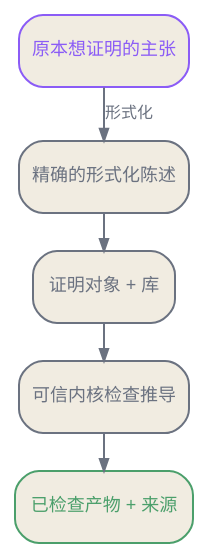
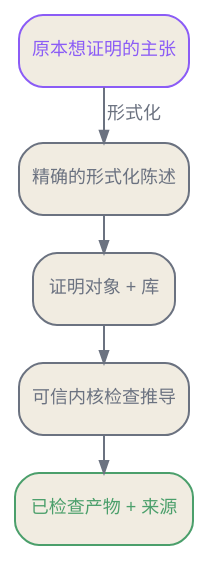
One commit to latere-ai/ai-as-an-infrastructure changed the second of 2 diagrams in zh/frontiers/03-verification-frontier.qmd. Above: the diagram before and after it, drawn with Graphviz. The commit also changed 1 other file, not shown here.

Commit message:
frontiers: trust-chain edge labels at 9 pt, clear of the arrow

````diff
--- a/zh/frontiers/03-verification-frontier.qmd
+++ b/zh/frontiers/03-verification-frontier.qmd
@@ -143,18 +143,18 @@
 ```{dot}
 //| label: fig-formal-trust-chain
 //| fig-cap: "经过检查的证明必须经过一条信任链，才能支持人们原本关心的主张。形式化陈述、证明对象、内核，以及形式陈述与原意之间的联系都不能省略。"
 digraph {
   bgcolor="transparent";
   rankdir=TB;
   nodesep=0.15; ranksep=0.24;
   node [shape=box, style="rounded,filled", fontname="Helvetica", fontsize=9, color="#6b7280", fontcolor="#6b7280", fillcolor="#f1ece1", margin="0.08,0.05"];
-  edge [fontname="Helvetica", fontsize=8, color="#6b7280", fontcolor="#6b7280", arrowsize=0.6];
+  edge [fontname="Helvetica", fontsize=9, color="#6b7280", fontcolor="#6b7280", arrowsize=0.6];
   intended [label="原本想证明的主张", color="#8b5cf6", fontcolor="#8b5cf6"];
   statement [label="精确的形式化陈述"];
   proof [label="证明对象 + 库"];
   kernel [label="可信内核检查推导"];
   record [label="已检查产物 + 来源", color="#4b9f6b", fontcolor="#4b9f6b"];
-  intended -> statement [label="形式化"];
+  intended -> statement [label=" 形式化"];
   statement -> proof -> kernel -> record;
 }
 ```
````
